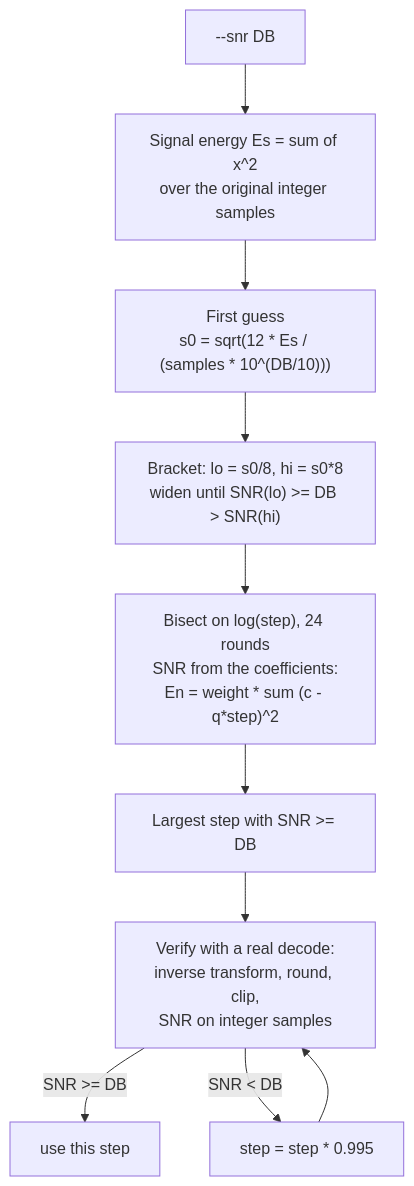
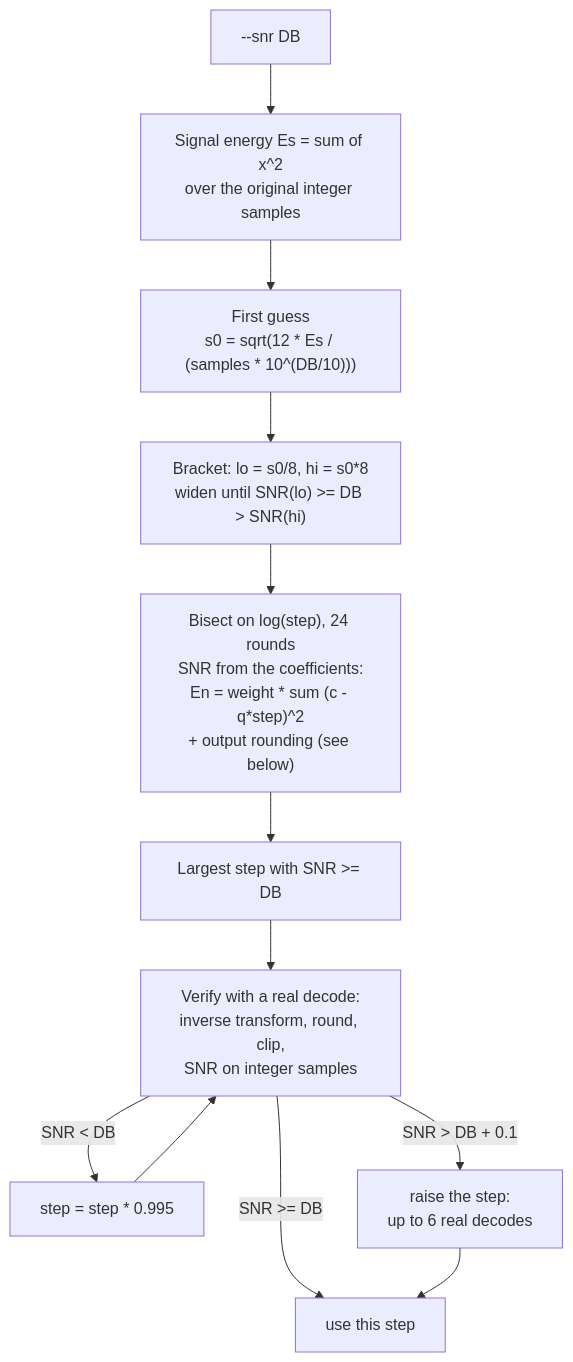
One commit to Rafa2025/IC26-27_119356_119480_119193 changed the fourth of 7 diagrams in Part3/CODEC_LOSSY.md. Above: the diagram before and after it, drawn with Mermaid. The commit also changed other lines of this file and 34 other files, not shown here.

````diff
--- a/Part3/CODEC_LOSSY.md
+++ b/Part3/CODEC_LOSSY.md
@@ -136,12 +136,14 @@
 ```mermaid
 flowchart TD
     A["--snr DB"] --> B["Signal energy Es = sum of x^2<br/>over the original integer samples"]
     B --> C["First guess<br/>s0 = sqrt(12 * Es / (samples * 10^(DB/10)))"]
     C --> D["Bracket: lo = s0/8, hi = s0*8<br/>widen until SNR(lo) >= DB > SNR(hi)"]
-    D --> E["Bisect on log(step), 24 rounds<br/>SNR from the coefficients:<br/>En = weight * sum (c - q*step)^2"]
+    D --> E["Bisect on log(step), 24 rounds<br/>SNR from the coefficients:<br/>En = weight * sum (c - q*step)^2<br/>+ output rounding (see below)"]
     E --> F["Largest step with SNR >= DB"]
     F --> G["Verify with a real decode:<br/>inverse transform, round, clip,<br/>SNR on integer samples"]
     G -->|"SNR >= DB"| H[use this step]
     G -->|"SNR < DB"| I["step = step * 0.995"]
+    G -->|"SNR > DB + 0.1"| K2["raise the step:<br/>up to 6 real decodes"]
+    K2 --> H
     I --> G
 ```
````
